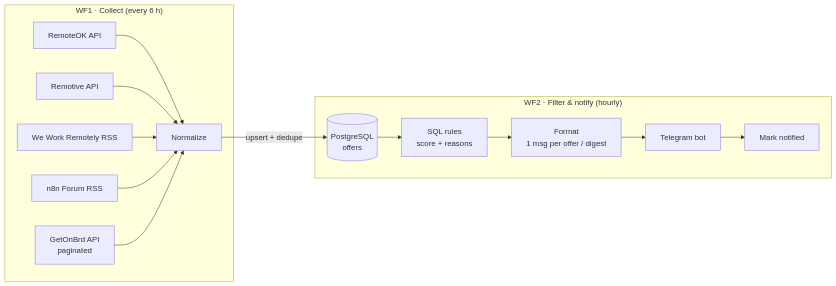
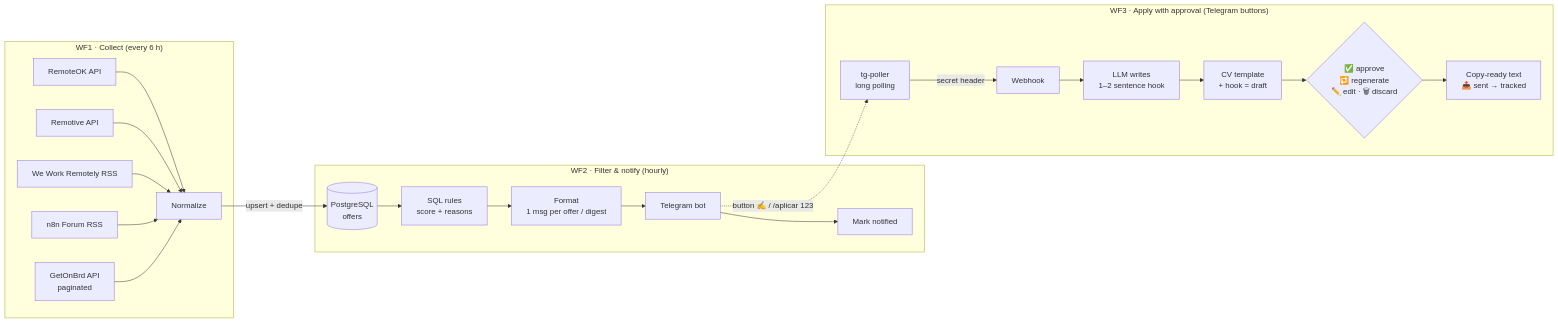
The diagram in README.md (VanHohenheim22/n8n-job-hunter), drawn with Mermaid before and after one commit. The commit also changed other lines of this file and 11 other files, not shown here.

Commit message:
Add WF3: apply with approval from Telegram (LLM-drafted hook, tg-poller, tracking)

````diff
--- a/README.md
+++ b/README.md
@@ -11,17 +12,25 @@
 ```mermaid
 flowchart LR
   subgraph WF1["WF1 · Collect (every 6 h)"]
     A[RemoteOK API] --> N[Normalize]
     B[Remotive API] --> N
     C[We Work Remotely RSS] --> N
     D[n8n Forum RSS] --> N
     E[GetOnBrd API<br/>paginated] --> N
   end
   N -->|upsert + dedupe| P[(PostgreSQL<br/>offers)]
   subgraph WF2["WF2 · Filter & notify (hourly)"]
     P --> R[SQL rules<br/>score + reasons]
     R --> F[Format<br/>1 msg per offer / digest]
     F --> T[Telegram bot]
     T --> M[Mark notified]
   end
+  T -.->|"button ✍️ / /aplicar 123"| G
+  subgraph WF3["WF3 · Apply with approval (Telegram buttons)"]
+    G[tg-poller<br/>long polling] -->|secret header| W[Webhook]
+    W --> L[LLM writes<br/>1–2 sentence hook]
+    L --> D2[CV template<br/>+ hook = draft]
+    D2 --> AP{✅ approve<br/>🔁 regenerate<br/>✏️ edit · 🗑 discard}
+    AP --> S[Copy-ready text<br/>📤 sent → tracked]
+  end
 ```
````
